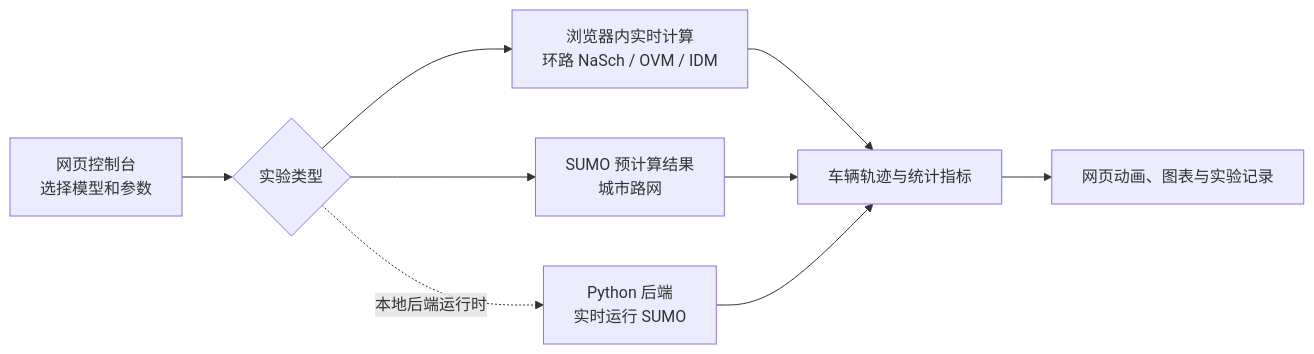
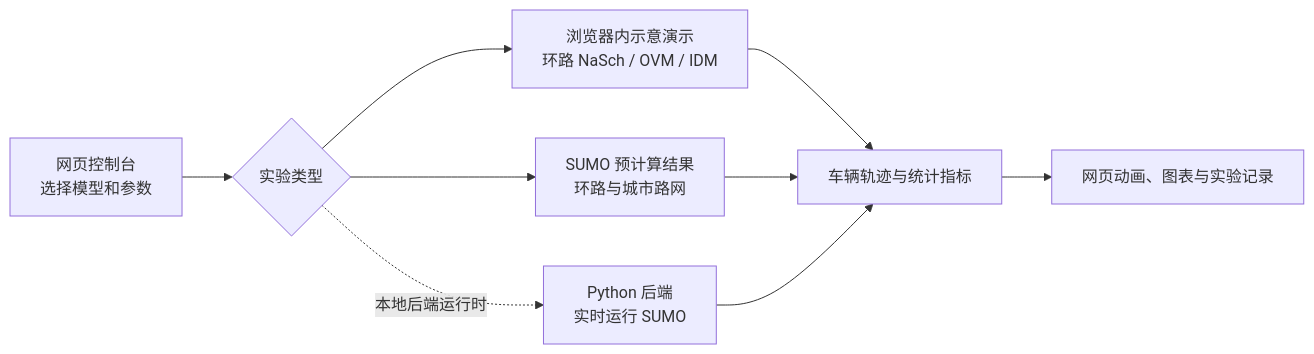
One commit to laozhongjie/agent-based-traffic-modeling changed the second of 2 diagrams in Project_Overview.md. Above: the diagram before and after it, drawn with Mermaid. The commit also changed other lines of this file and 1 other file, not shown here.

First line of the commit message:
Run all formal simulations in SUMO

````diff
--- a/Project_Overview.md
+++ b/Project_Overview.md
@@ -303,11 +328,11 @@
 ```mermaid
 flowchart LR
     A[网页控制台<br/>选择模型和参数] --> B{实验类型}
-    B --> C[浏览器内实时计算<br/>环路 NaSch / OVM / IDM]
-    B --> D[SUMO 预计算结果<br/>城市路网]
+    B --> C[浏览器内示意演示<br/>环路 NaSch / OVM / IDM]
+    B --> D[SUMO 预计算结果<br/>环路与城市路网]
     B -. 本地后端运行时 .-> G[Python 后端<br/>实时运行 SUMO]
     C --> E[车辆轨迹与统计指标]
     D --> E
     G --> E
     E --> F[网页动画、图表与实验记录]
 ```
````
